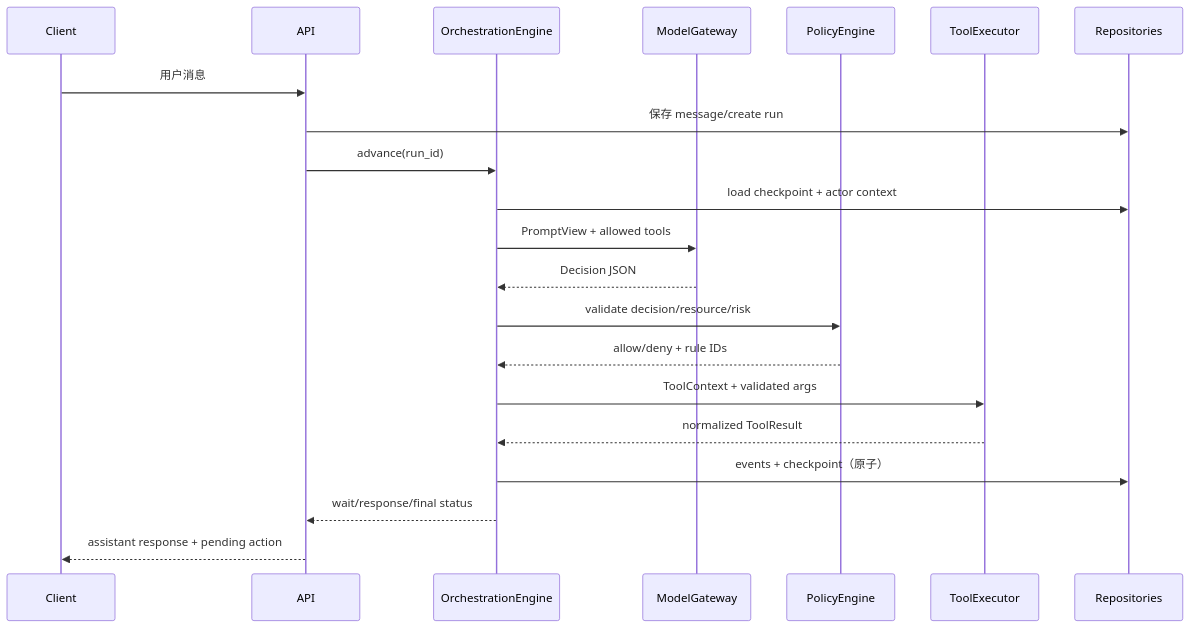
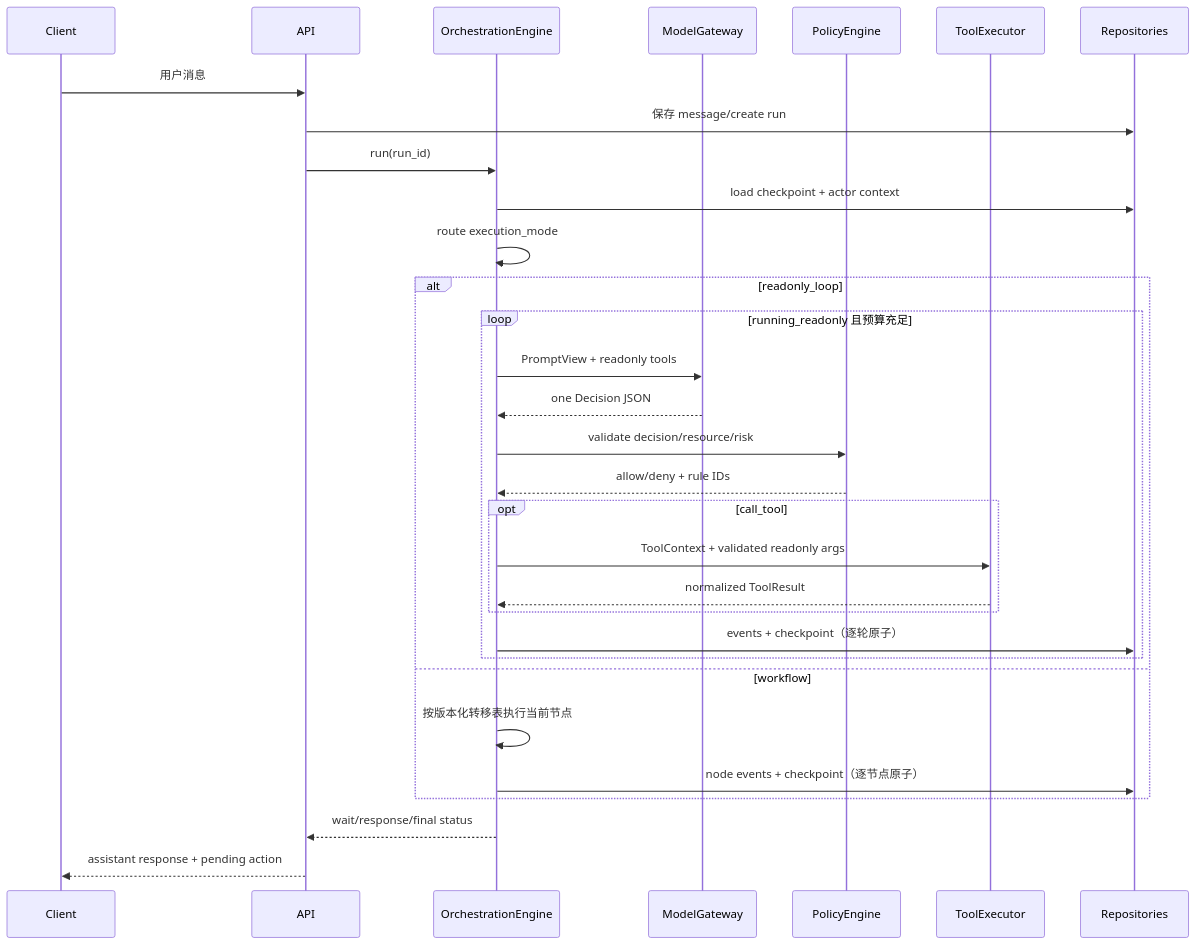
The fifth of 6 diagrams in docs/plan/feasibility-and-implementation-plan.md (MMMDY/CommerceAgent), drawn with Mermaid before and after one commit. The commit also changed other lines of this file and 1 other file, not shown here.

````diff
--- a/docs/plan/feasibility-and-implementation-plan.md
+++ b/docs/plan/feasibility-and-implementation-plan.md
@@ -1359,24 +1440,34 @@
 ```mermaid
 sequenceDiagram
     participant Client
     participant API
     participant Runtime as OrchestrationEngine
     participant Model as ModelGateway
     participant Policy as PolicyEngine
     participant Tool as ToolExecutor
     participant Store as Repositories
 
     Client->>API: 用户消息
     API->>Store: 保存 message/create run
-    API->>Runtime: advance(run_id)
+    API->>Runtime: run(run_id)
     Runtime->>Store: load checkpoint + actor context
-    Runtime->>Model: PromptView + allowed tools
-    Model-->>Runtime: Decision JSON
-    Runtime->>Policy: validate decision/resource/risk
-    Policy-->>Runtime: allow/deny + rule IDs
-    Runtime->>Tool: ToolContext + validated args
-    Tool-->>Runtime: normalized ToolResult
-    Runtime->>Store: events + checkpoint（原子）
+    Runtime->>Runtime: route execution_mode
+    alt readonly_loop
+        loop running_readonly 且预算充足
+            Runtime->>Model: PromptView + readonly tools
+            Model-->>Runtime: one Decision JSON
+            Runtime->>Policy: validate decision/resource/risk
+            Policy-->>Runtime: allow/deny + rule IDs
+            opt call_tool
+                Runtime->>Tool: ToolContext + validated readonly args
+                Tool-->>Runtime: normalized ToolResult
+            end
+            Runtime->>Store: events + checkpoint（逐轮原子）
+        end
+    else workflow
+        Runtime->>Runtime: 按版本化转移表执行当前节点
+        Runtime->>Store: node events + checkpoint（逐节点原子）
+    end
     Runtime-->>API: wait/response/final status
     API-->>Client: assistant response + pending action
 ```
````
